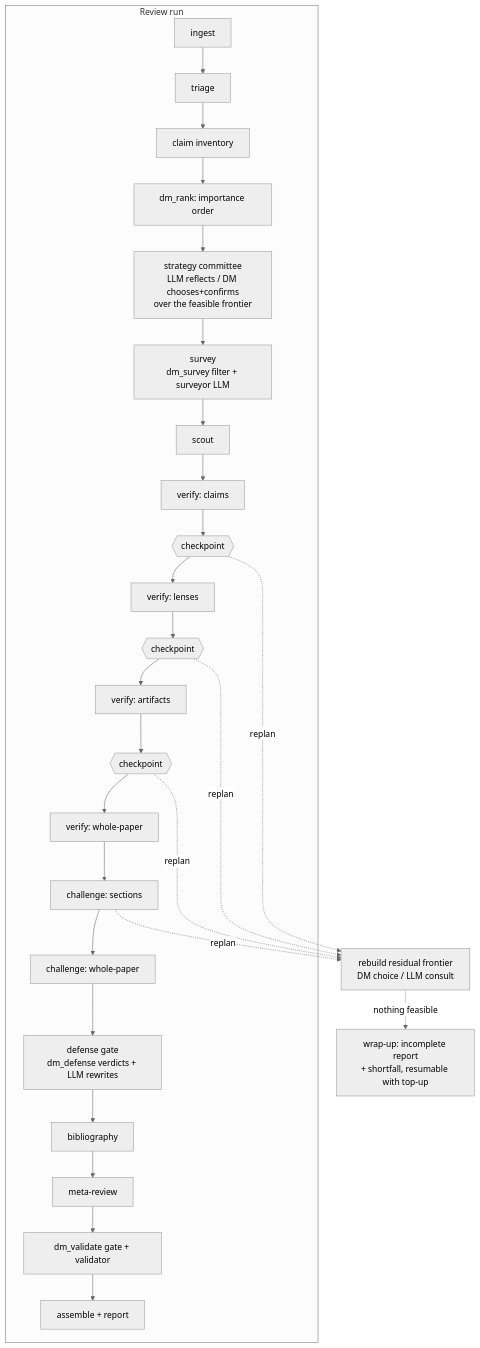
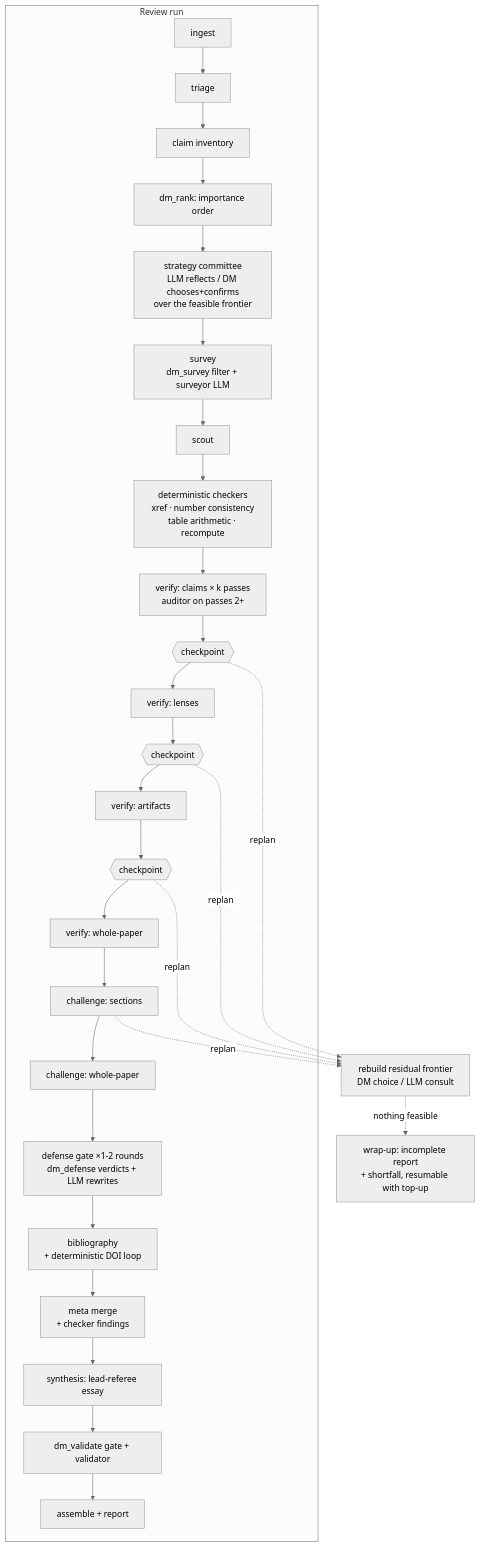
One commit to paluigi/open-referee changed the diagram in docs/PIPELINE.md. Above: the diagram before and after it, drawn with Mermaid (neutral theme). The commit also changed other lines of this file, not shown here.

First line of the commit message:
docs(pipeline): depth-engine catalogue, verification-depth section, preset depth table

````diff
--- a/docs/PIPELINE.md
+++ b/docs/PIPELINE.md
@@ -10,30 +10,32 @@
 ```mermaid
 flowchart TD
     subgraph RUN[Review run]
         ING[ingest] --> TRI[triage]
         TRI --> CLM[claim inventory]
         CLM --> RANK[dm_rank: importance order]
         RANK --> COMMIT[strategy committee<br/>LLM reflects / DM chooses+confirms<br/>over the feasible frontier]
         COMMIT --> SUR[survey<br/>dm_survey filter + surveyor LLM]
         SUR --> SCT[scout]
-        SCT --> V1[verify: claims]
+        SCT --> CK0[deterministic checkers<br/>xref · number consistency<br/>table arithmetic · recompute]
+        CK0 --> V1[verify: claims × k passes<br/>auditor on passes 2+]
         V1 --> CK1{{checkpoint}}
         CK1 --> V2[verify: lenses]
         V2 --> CK2{{checkpoint}}
         CK2 --> V3[verify: artifacts]
         V3 --> CK3{{checkpoint}}
         CK3 --> V4[verify: whole-paper]
         V4 --> CH1[challenge: sections]
         CH1 --> CH2[challenge: whole-paper]
-        CH2 --> DEF[defense gate<br/>dm_defense verdicts + LLM rewrites]
-        DEF --> BIB[bibliography]
-        BIB --> META[meta-review]
-        META --> VAL[dm_validate gate + validator]
+        CH2 --> DEF[defense gate ×1-2 rounds<br/>dm_defense verdicts + LLM rewrites]
+        DEF --> BIB[bibliography<br/>+ deterministic DOI loop]
+        BIB --> META[meta merge<br/>+ checker findings]
+        META --> SYN[synthesis: lead-referee essay]
+        SYN --> VAL[dm_validate gate + validator]
         VAL --> ASM[assemble + report]
     end
     CK1 -. replan .-> RF[rebuild residual frontier<br/>DM choice / LLM consult]
     CK2 -. replan .-> RF
     CK3 -. replan .-> RF
     CH1 -. replan .-> RF
     RF -. nothing feasible .-> WU[wrap-up: incomplete report<br/>+ shortfall, resumable with top-up]
 ```
````
